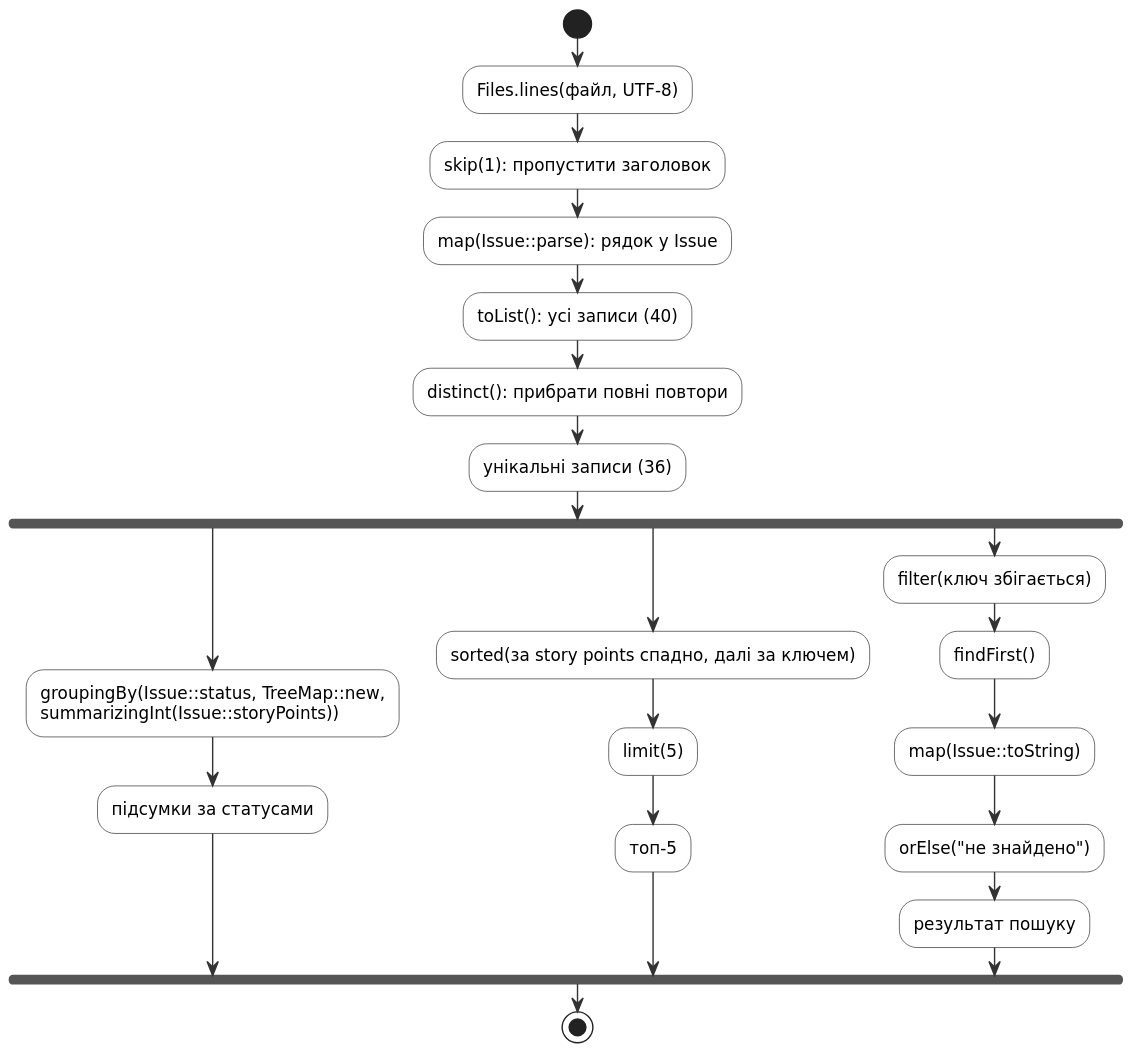
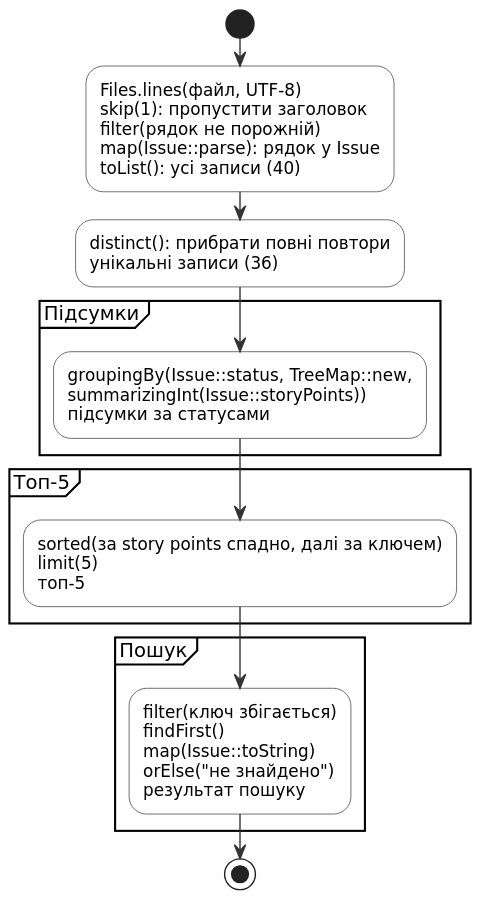
The diagram in java/lr-7/diagrams/pipeline.puml (brizzinck/krinzhrepoduta), drawn with PlantUML before and after one commit. The commit also changed 158 other files, not shown here.

```diff
--- a/java/lr-7/diagrams/pipeline.puml
+++ b/java/lr-7/diagrams/pipeline.puml
@@ -1,32 +1,23 @@
 @startuml
 skinparam dpi 140
 skinparam defaultFontName DejaVu Sans
 skinparam shadowing false
 skinparam ArrowColor #333333
 skinparam activity {
   BackgroundColor #FFFFFF
   BorderColor #333333
 }
 start
-:Files.lines(файл, UTF-8);
-:skip(1): пропустити заголовок;
-:map(Issue::parse): рядок у Issue;
-:toList(): усі записи (40);
-:distinct(): прибрати повні повтори;
-:унікальні записи (36);
-fork
-  :groupingBy(Issue::status, TreeMap::new,\nsummarizingInt(Issue::storyPoints));
-  :підсумки за статусами;
-fork again
-  :sorted(за story points спадно, далі за ключем);
-  :limit(5);
-  :топ-5;
-fork again
-  :filter(ключ збігається);
-  :findFirst();
-  :map(Issue::toString);
-  :orElse("не знайдено");
-  :результат пошуку;
-end fork
+:Files.lines(файл, UTF-8)\nskip(1): пропустити заголовок\nfilter(рядок не порожній)\nmap(Issue::parse): рядок у Issue\ntoList(): усі записи (40);
+:distinct(): прибрати повні повтори\nунікальні записи (36);
+partition "Підсумки" {
+  :groupingBy(Issue::status, TreeMap::new,\nsummarizingInt(Issue::storyPoints))\nпідсумки за статусами;
+}
+partition "Топ-5" {
+  :sorted(за story points спадно, далі за ключем)\nlimit(5)\nтоп-5;
+}
+partition "Пошук" {
+  :filter(ключ збігається)\nfindFirst()\nmap(Issue::toString)\norElse("не знайдено")\nрезультат пошуку;
+}
 stop
 @enduml
```
